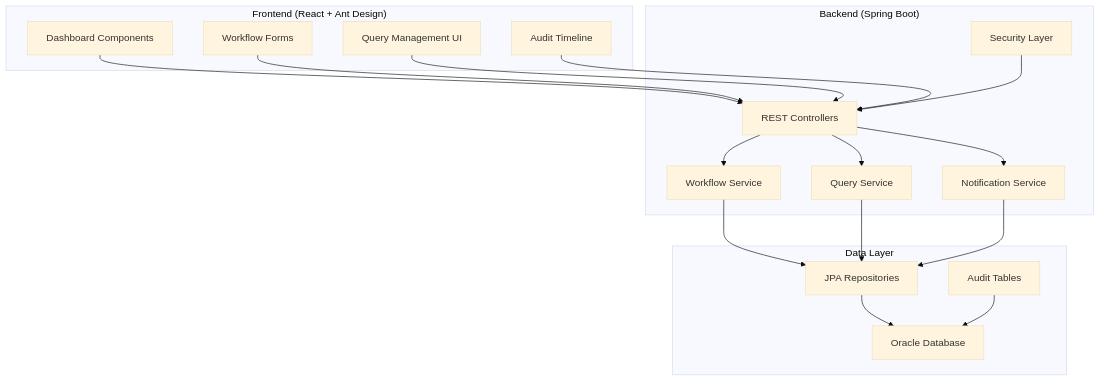
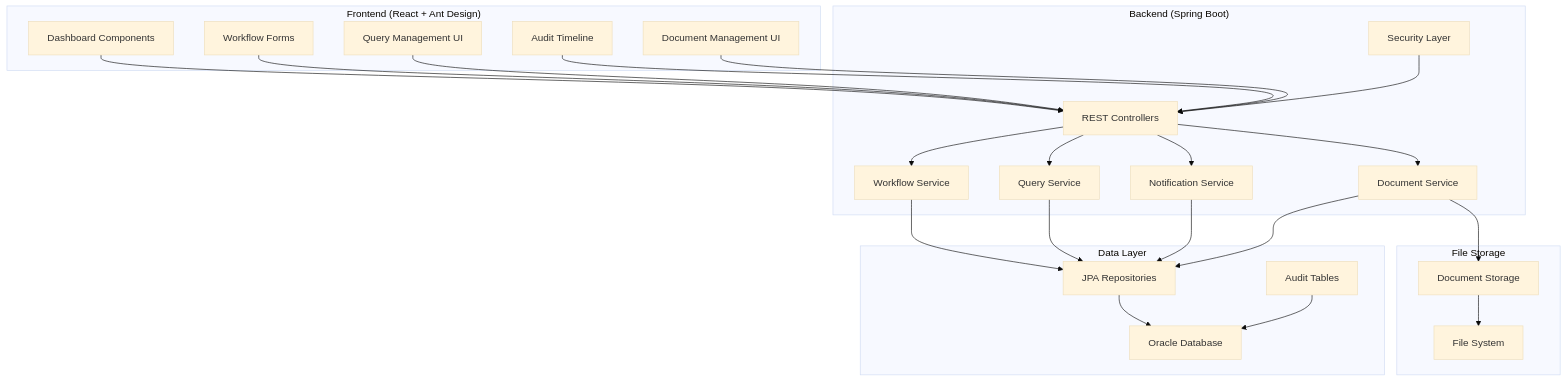
One commit to Dinesh-Das/qrmfg changed the first of 3 diagrams in .kiro/specs/msds-workflow-automation/design.md. Above: the diagram before and after it, drawn with Mermaid (base theme). The commit also changed other lines of this file and 149 other files, not shown here.

````diff
--- a/.kiro/specs/msds-workflow-automation/design.md
+++ b/.kiro/specs/msds-workflow-automation/design.md
@@ -13,37 +13,49 @@
 ```mermaid
 graph TB
     subgraph "Frontend (React + Ant Design)"
         A[Dashboard Components]
         B[Workflow Forms]
         C[Query Management UI]
         D[Audit Timeline]
+        E[Document Management UI]
     end
     
     subgraph "Backend (Spring Boot)"
-        E[REST Controllers]
-        F[Workflow Service]
-        G[Query Service]
-        H[Notification Service]
-        I[Security Layer]
+        F[REST Controllers]
+        G[Workflow Service]
+        H[Query Service]
+        I[Notification Service]
+        J[Document Service]
+        K[Security Layer]
     end
     
     subgraph "Data Layer"
-        J[Oracle Database]
-        K[JPA Repositories]
-        L[Audit Tables]
+        L[Oracle Database]
+        M[JPA Repositories]
+        N[Audit Tables]
     end
     
-    A --> E
-    B --> E
-    C --> E
-    D --> E
+    subgraph "File Storage"
+        O[Document Storage]
+        P[File System]
+    end
+    
+    A --> F
+    B --> F
+    C --> F
+    D --> F
     E --> F
-    E --> G
-    E --> H
-    F --> K
-    G --> K
-    H --> K
-    K --> J
-    L --> J
-    I --> E
+    F --> G
+    F --> H
+    F --> I
+    F --> J
+    G --> M
+    H --> M
+    I --> M
+    J --> M
+    J --> O
+    M --> L
+    N --> L
+    O --> P
+    K --> F
 ```
````
